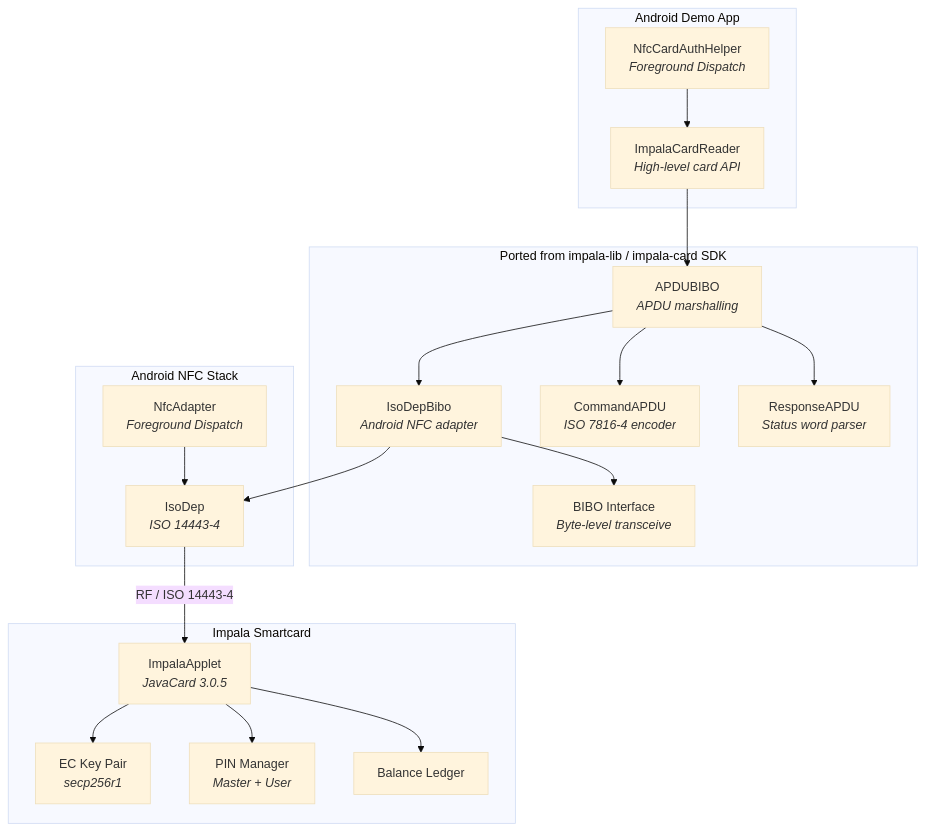
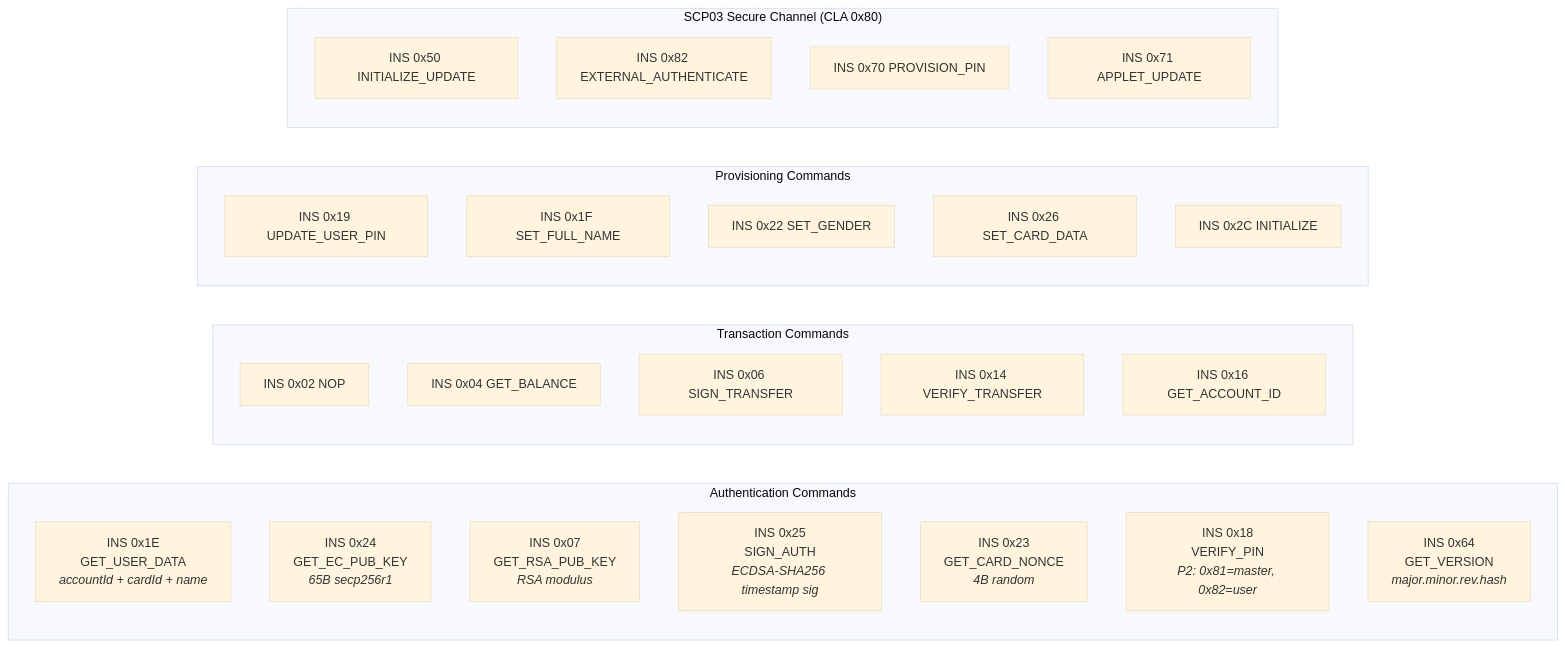
One commit to Financial-Empowerment-Partners/impala changed the third of 11 diagrams in ARCHITECTURE.md. Above: the diagram before and after it, drawn with Mermaid (base theme). The commit also changed other lines of this file and 1 other file, not shown here.

````diff
--- a/ARCHITECTURE.md
+++ b/ARCHITECTURE.md
@@ -165,41 +254,38 @@
 ```mermaid
-graph TB
-    subgraph AndroidApp["Android Demo App"]
-        NfcHelper["NfcCardAuthHelper<br/><i>Foreground Dispatch</i>"]
-        Reader["ImpalaCardReader<br/><i>High-level card API</i>"]
+graph LR
+    subgraph AuthCommands["Authentication Commands"]
+        direction TB
+        C1["INS 0x1E<br/>GET_USER_DATA<br/><i>accountId + cardId + name</i>"]
+        C2["INS 0x24<br/>GET_EC_PUB_KEY<br/><i>65B secp256r1</i>"]
+        C3["INS 0x07<br/>GET_RSA_PUB_KEY<br/><i>RSA modulus</i>"]
+        C4["INS 0x25<br/>SIGN_AUTH<br/><i>ECDSA-SHA256 timestamp sig</i>"]
+        C5["INS 0x23<br/>GET_CARD_NONCE<br/><i>4B random</i>"]
+        C6["INS 0x18<br/>VERIFY_PIN<br/><i>P2: 0x81=master, 0x82=user</i>"]
+        C7["INS 0x64<br/>GET_VERSION<br/><i>major.minor.rev.hash</i>"]
     end
 
-    subgraph PortedSDK["Ported from impala-lib / impala-card SDK"]
-        APDUBIBO["APDUBIBO<br/><i>APDU marshalling</i>"]
-        IsoDepBibo["IsoDepBibo<br/><i>Android NFC adapter</i>"]
-        CmdAPDU["CommandAPDU<br/><i>ISO 7816-4 encoder</i>"]
-        RspAPDU["ResponseAPDU<br/><i>Status word parser</i>"]
-        BIBO["BIBO Interface<br/><i>Byte-level transceive</i>"]
+    subgraph TransactionCommands["Transaction Commands"]
+        direction TB
+        A1["INS 0x02 NOP"]
+        A2["INS 0x04 GET_BALANCE"]
+        A3["INS 0x06 SIGN_TRANSFER"]
+        A4["INS 0x14 VERIFY_TRANSFER"]
+        A5["INS 0x16 GET_ACCOUNT_ID"]
     end
 
-    subgraph NFC["Android NFC Stack"]
-        IsoDep["IsoDep<br/><i>ISO 14443-4</i>"]
-        NfcAdapter["NfcAdapter<br/><i>Foreground Dispatch</i>"]
+    subgraph ProvisioningCommands["Provisioning Commands"]
+        direction TB
+        A6["INS 0x19 UPDATE_USER_PIN"]
+        A7["INS 0x1F SET_FULL_NAME"]
+        A8["INS 0x22 SET_GENDER"]
+        A9["INS 0x26 SET_CARD_DATA"]
+        A10["INS 0x2C INITIALIZE"]
     end
 
-    subgraph Card["Impala Smartcard"]
-        Applet["ImpalaApplet<br/><i>JavaCard 3.0.5</i>"]
-        ECKey["EC Key Pair<br/><i>secp256r1</i>"]
-        PINMgr["PIN Manager<br/><i>Master + User</i>"]
-        Balance["Balance Ledger"]
+    subgraph SCP03["SCP03 Secure Channel &lpar;CLA 0x80&rpar;"]
+        S1["INS 0x50 INITIALIZE_UPDATE"]
+        S2["INS 0x82 EXTERNAL_AUTHENTICATE"]
+        S3["INS 0x70 PROVISION_PIN"]
+        S4["INS 0x71 APPLET_UPDATE"]
     end
-
-    NfcHelper --> Reader
-    Reader --> APDUBIBO
-    APDUBIBO --> CmdAPDU
-    APDUBIBO --> RspAPDU
-    APDUBIBO --> IsoDepBibo
-    IsoDepBibo --> BIBO
-    IsoDepBibo --> IsoDep
-    IsoDep -->|"RF / ISO 14443-4"| Applet
-    NfcAdapter --> IsoDep
-
-    Applet --> ECKey
-    Applet --> PINMgr
-    Applet --> Balance
 ```
````
